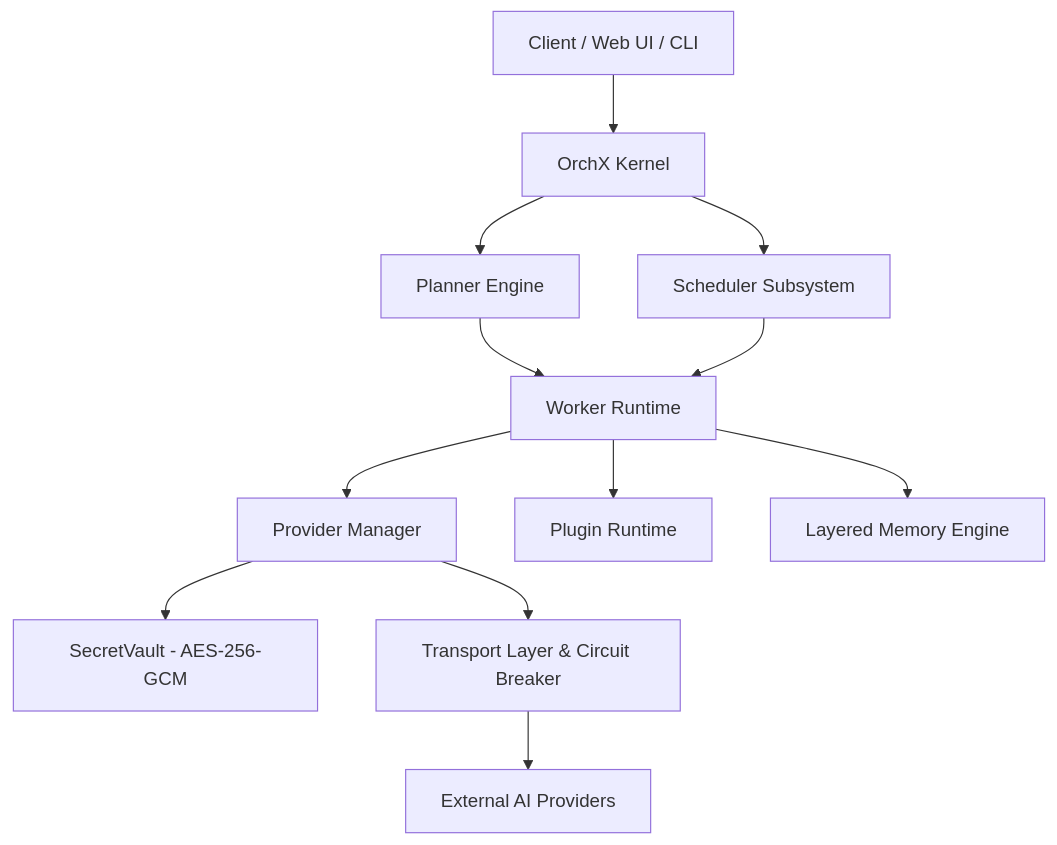
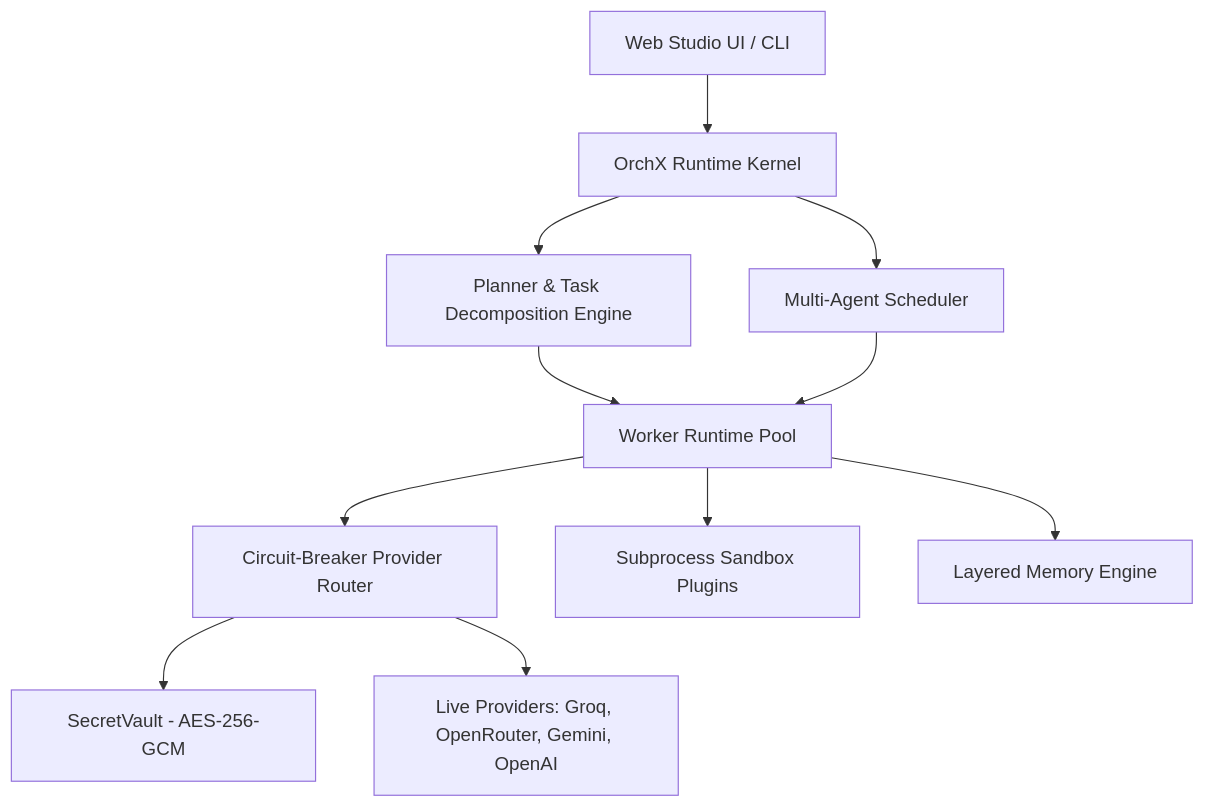
One commit to rishgotrizz/OrchX changed the diagram in README.md. Above: the diagram before and after it, drawn with Mermaid. The commit also changed other lines of this file and 3 other files, not shown here.

Commit message:
Add open-source guide to README and enrich Settings Studio with all enterprise features

````diff
--- a/README.md
+++ b/README.md
@@ -15,14 +77,13 @@
 ```mermaid
 graph TD
-    A[Client / Web UI / CLI] --> B[OrchX Kernel]
-    B --> C[Planner Engine]
-    B --> D[Scheduler Subsystem]
-    C --> E[Worker Runtime]
+    A[Web Studio UI / CLI] --> B[OrchX Runtime Kernel]
+    B --> C[Planner & Task Decomposition Engine]
+    B --> D[Multi-Agent Scheduler]
+    C --> E[Worker Runtime Pool]
     D --> E
-    E --> F[Provider Manager]
-    E --> G[Plugin Runtime]
+    E --> F[Circuit-Breaker Provider Router]
+    E --> G[Subprocess Sandbox Plugins]
     E --> H[Layered Memory Engine]
     F --> I[SecretVault - AES-256-GCM]
-    F --> J[Transport Layer & Circuit Breaker]
-    J --> K[External AI Providers]
+    F --> J[Live Providers: Groq, OpenRouter, Gemini, OpenAI]
 ```
````
